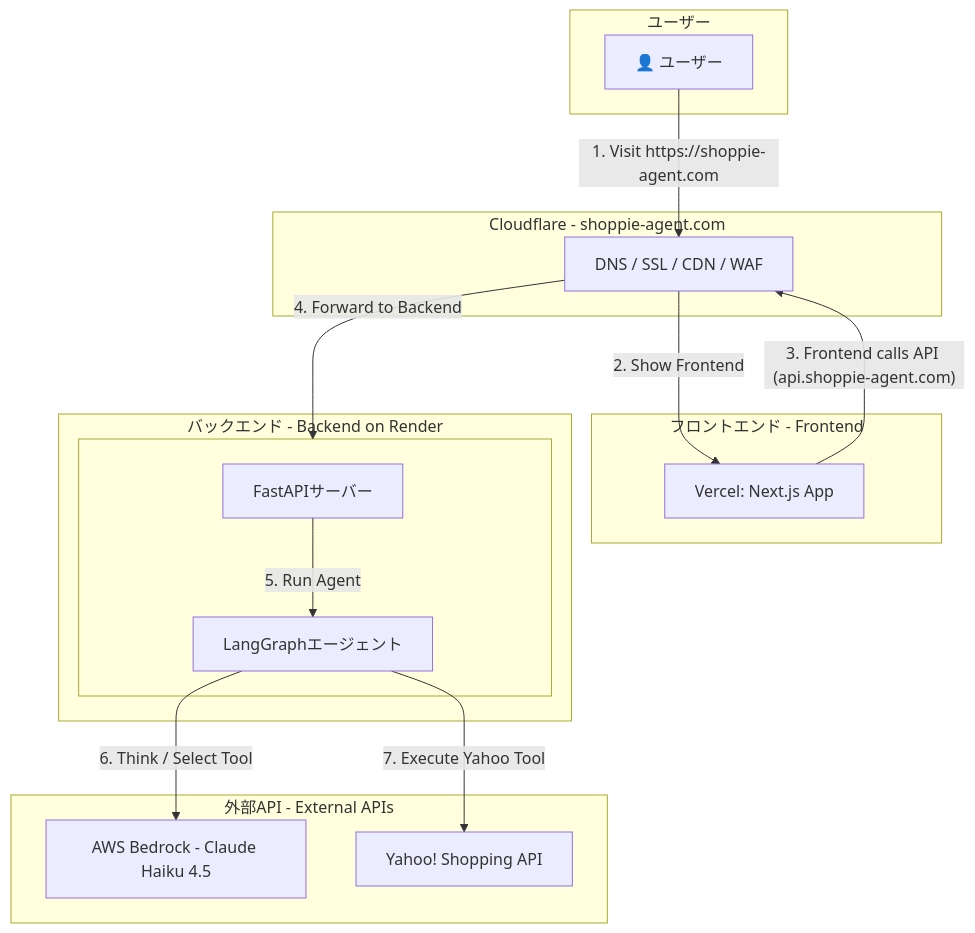
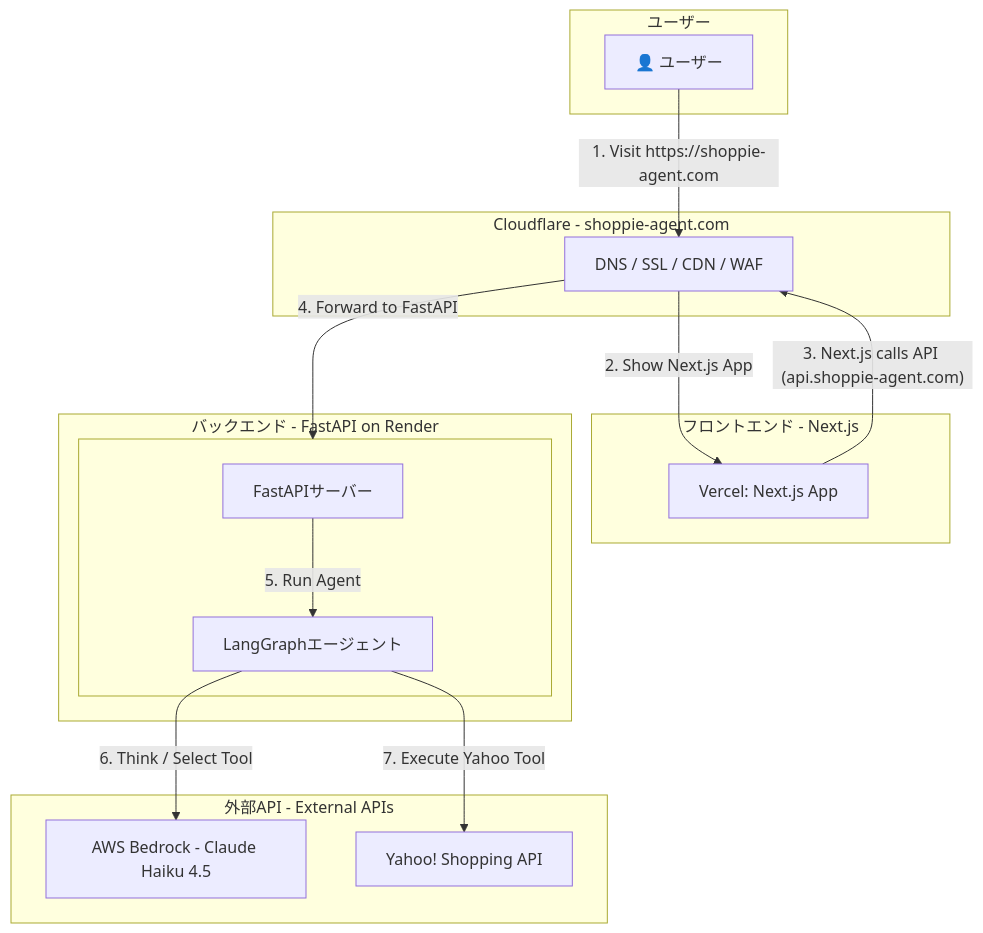
Before and after one commit to koichi2426/Shoppie: the diagram in README.md, drawn with Mermaid. The commit also changed 88 other files, not shown here.

````diff
--- a/README.md
+++ b/README.md
@@ -48,37 +48,37 @@
 ```mermaid
 graph TD
     subgraph "ユーザー"
         A[👤 ユーザー]
     end
 
     subgraph "Cloudflare - shoppie-agent.com"
         B[DNS / SSL / CDN / WAF]
     end
 
-    subgraph "フロントエンド - Frontend"
+    subgraph "フロントエンド - Next.js"
         C[Vercel: Next.js App]
     end
 
-    subgraph "バックエンド - Backend on Render"
+    subgraph "バックエンド - FastAPI on Render"
         D[Dockerコンテナ on Render]
         subgraph D[" "]
             E[FastAPIサーバー]
             F[LangGraphエージェント]
         end
     end
     
     subgraph "外部API - External APIs"
         G[AWS Bedrock - Claude Haiku 4.5]
         H[Yahoo! Shopping API]
     end
 
     A -- "1. Visit https://shoppie-agent.com" --> B
-    B -- "2. Show Frontend" --> C
+    B -- "2. Show Next.js App" --> C
     
-    C -- "3. Frontend calls API (api.shoppie-agent.com)" --> B
-    B -- "4. Forward to Backend" --> D
+    C -- "3. Next.js calls API (api.shoppie-agent.com)" --> B
+    B -- "4. Forward to FastAPI" --> D
     
     E -- "5. Run Agent" --> F
     F -- "6. Think / Select Tool" --> G
     F -- "7. Execute Yahoo Tool" --> H
 ```
````
